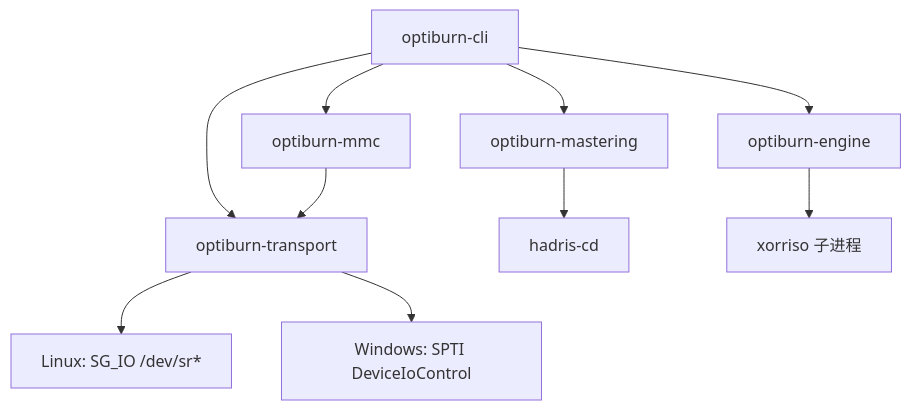
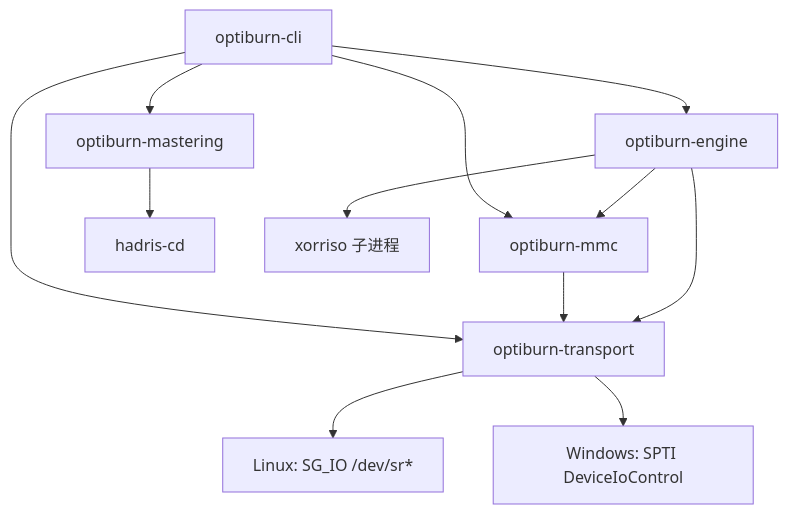
The diagram in docs/ARCHITECTURE.md (ouyangjiahong26/optiburn), drawn with Mermaid before and after one commit. The commit also changed other lines of this file and 33 other files, not shown here.

````diff
--- a/docs/ARCHITECTURE.md
+++ b/docs/ARCHITECTURE.md
@@ -9,12 +9,14 @@
 ```mermaid
 flowchart TD
     CLI[optiburn-cli] --> ENG[optiburn-engine]
     CLI --> MAS[optiburn-mastering]
     CLI --> MMC[optiburn-mmc]
     CLI --> TR[optiburn-transport]
     MAS --> HADRIS[hadris-cd]
     MMC --> TR[optiburn-transport]
     ENG --> XORRISO[xorriso 子进程]
+    ENG --> MMC
+    ENG --> TR
     TR --> SGIO[Linux: SG_IO /dev/sr*]
     TR --> SPTI[Windows: SPTI DeviceIoControl]
 ```
````
